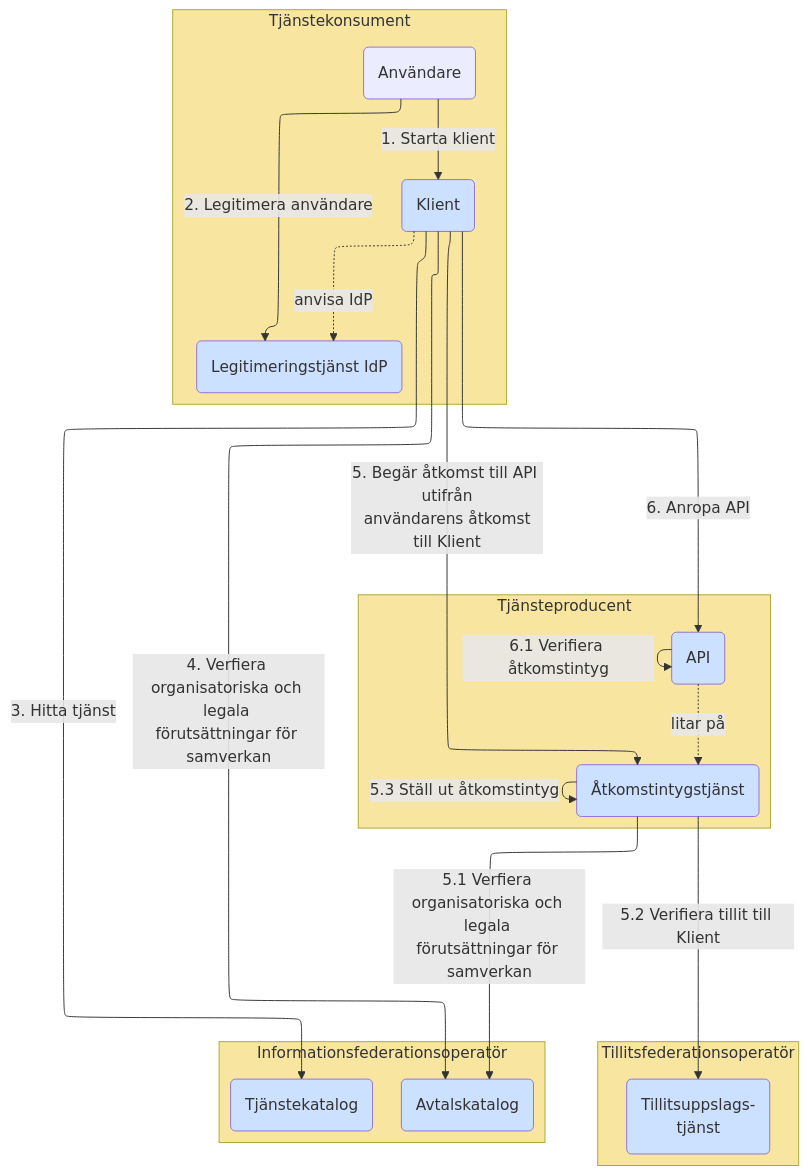
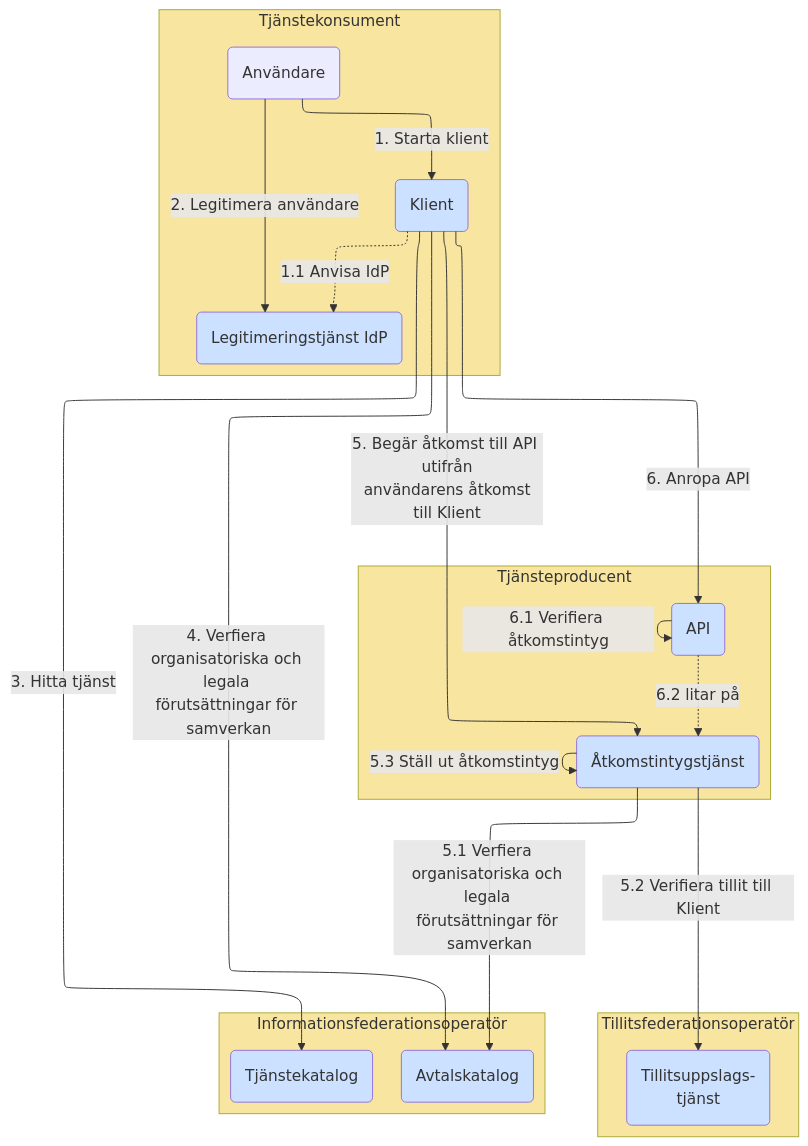
Before and after one commit to diggsweden/ena-authorization: the third of 9 diagrams in architecture/drafts/IAM_TargetArchitecture_Sweden.md, drawn with Mermaid. The commit also changed other lines of this file, not shown here.

````diff
--- a/architecture/drafts/IAM_TargetArchitecture_Sweden.md
+++ b/architecture/drafts/IAM_TargetArchitecture_Sweden.md
@@ -119,44 +119,44 @@
 ```mermaid
 %%{init: {"flowchart": {"defaultRenderer": "elk"}} }%%
 graph 
 classDef org fill:#F8E5A0
 classDef comp fill:#CCE1FF
 classDef box fill:#ffffff,stroke:#000000
 
 subgraph po[Tjänsteproducent]
     p(API):::comp
     as(Åtkomstintygstjänst):::comp
 end
 po:::org
 
 subgraph ss[Tillitsfederationsoperatör]
     t(Tillitsuppslags-<br>tjänst):::comp
 end
 ss:::org
 
 subgraph so[Informationsfederationsoperatör]
     tk(Tjänstekatalog):::comp
     ak(Avtalskatalog):::comp
 end
 so:::org
 
 subgraph co[Tjänstekonsument]
     idp(Legitimeringstjänst IdP):::comp
     u(Användare)
     c(Klient):::comp
 end
 co:::org
 
 u--<p>1. Starta klient-->c
+c-.1#46;1 Anvisa IdP.->idp
 u--<p>2. Legitimera användare-->idp
-c-.anvisa IdP.->idp
 c--<p>4. Verfiera organisatoriska och legala <br>förutsättningar för samverkan-->ak
 c--<p>5. Begär åtkomst till API utifrån<br> användarens åtkomst till Klient-->as
 c--<p>3. Hitta tjänst-->tk
 as--<p>5.1 Verfiera organisatoriska och legala <br>förutsättningar för samverkan-->ak
 as--<p>5.2 Verifiera tillit till Klient--> t
 as--<p>5.3 Ställ ut åtkomstintyg-->as
 c--<p>6. Anropa API-->p
 p--<p>6.1 Verifiera åtkomstintyg-->p
-p-.litar på.->as
+p-.6#46;2 litar på.->as
 ```
````
